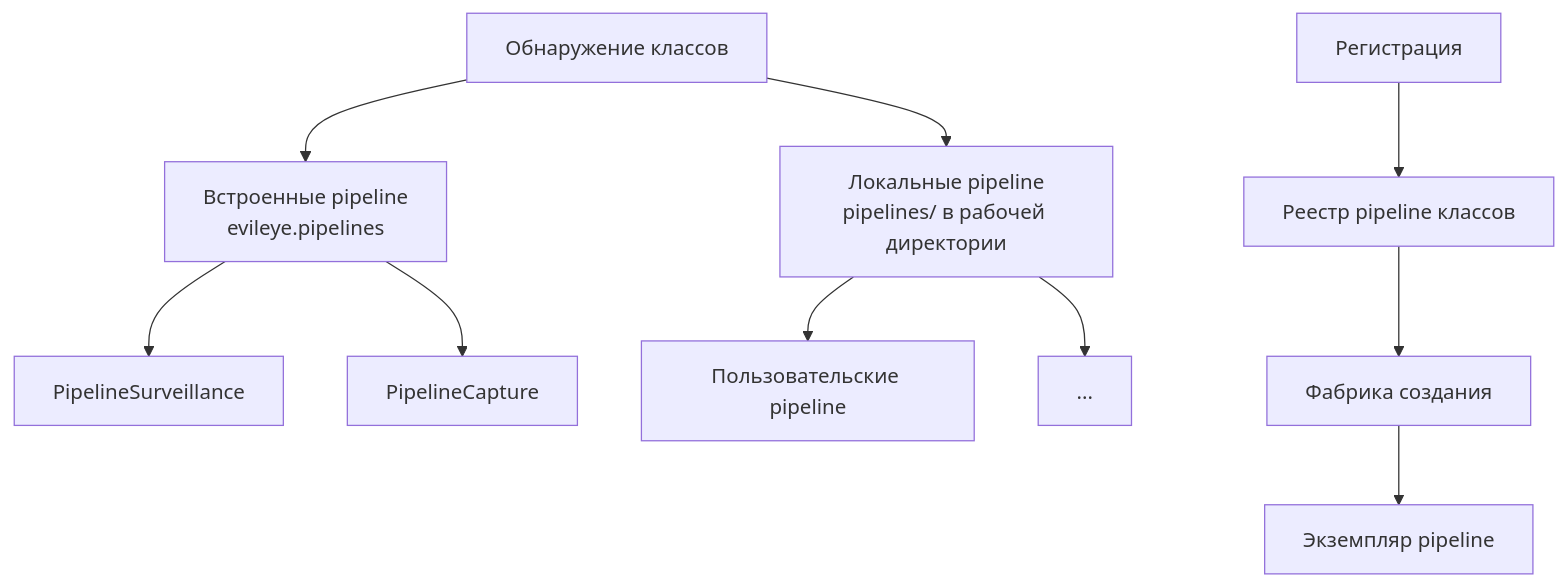
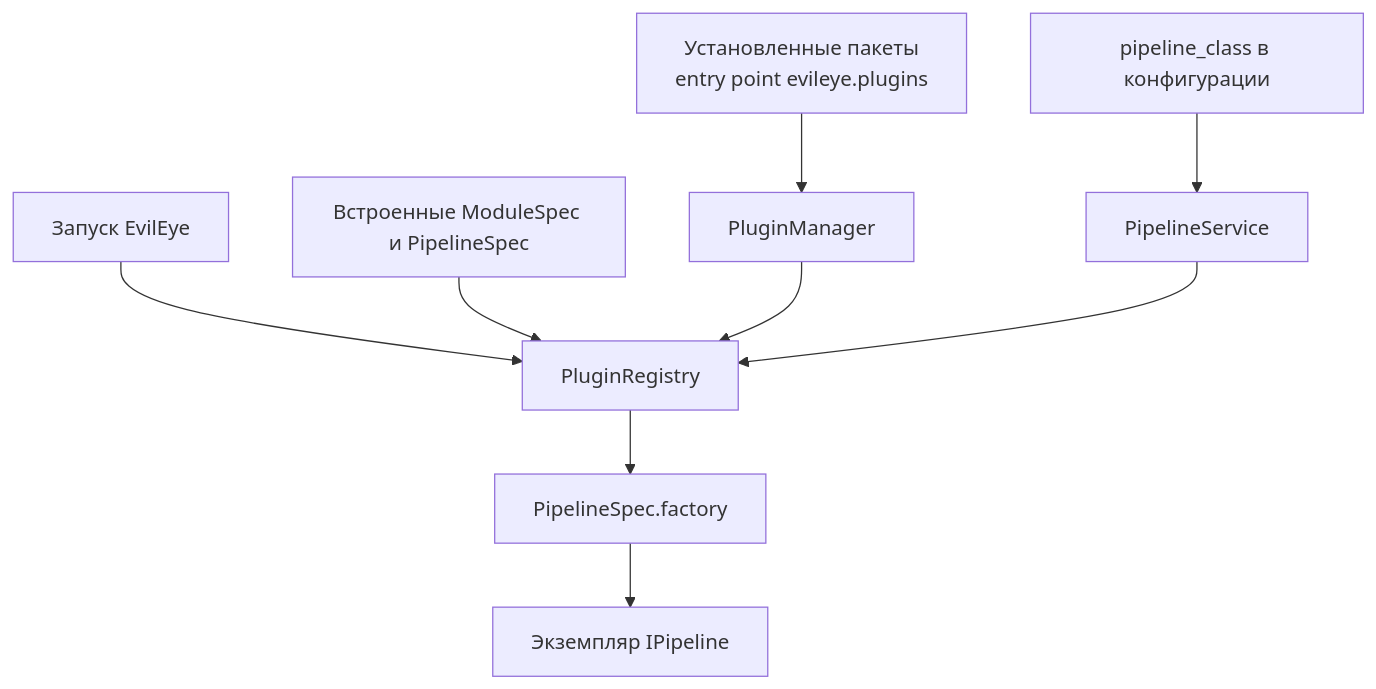
The ninth of 26 diagrams in docs/ARCHITECTURE.md (aicommunity/EvilEye), drawn with Mermaid before and after one commit. The commit also changed other lines of this file and 2 other files, not shown here.

Commit message:
Update plugin and pipeline developer docs

````diff
--- a/docs/ARCHITECTURE.md
+++ b/docs/ARCHITECTURE.md
@@ -681,15 +681,11 @@
 ```mermaid
 graph TB
-    Discovery[Обнаружение классов] --> Builtin[Встроенные pipeline<br/>evileye.pipelines]
-    Discovery --> Local[Локальные pipeline<br/>pipelines/ в рабочей директории]
-    
-    Builtin --> PipelineSurveillance[PipelineSurveillance]
-    Builtin --> PipelineCapture[PipelineCapture]
-    
-    Local --> CustomPipeline1[Пользовательские pipeline]
-    Local --> CustomPipeline2[...]
-    
-    Registration[Регистрация] --> Registry[Реестр pipeline классов]
-    Registry --> Factory[Фабрика создания]
-    Factory --> Instance[Экземпляр pipeline]
+    Startup[Запуск EvilEye] --> Registry[PluginRegistry]
+    Builtin[Встроенные ModuleSpec и PipelineSpec] --> Registry
+    EntryPoints[Установленные пакеты<br/>entry point evileye.plugins] --> Loader[PluginManager]
+    Loader --> Registry
+    Config[pipeline_class в конфигурации] --> PipelineService[PipelineService]
+    PipelineService --> Registry
+    Registry --> Factory[PipelineSpec.factory]
+    Factory --> Instance[Экземпляр IPipeline]
 ```
````
